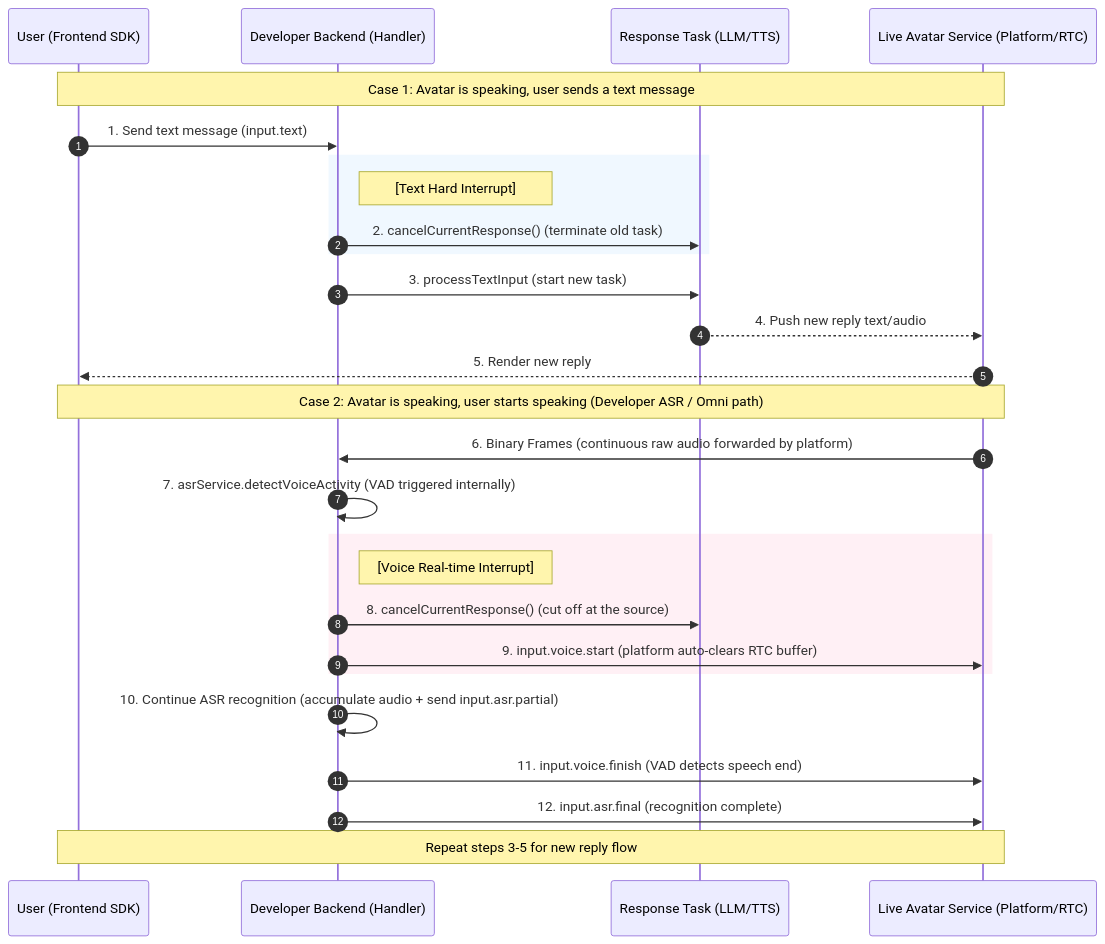
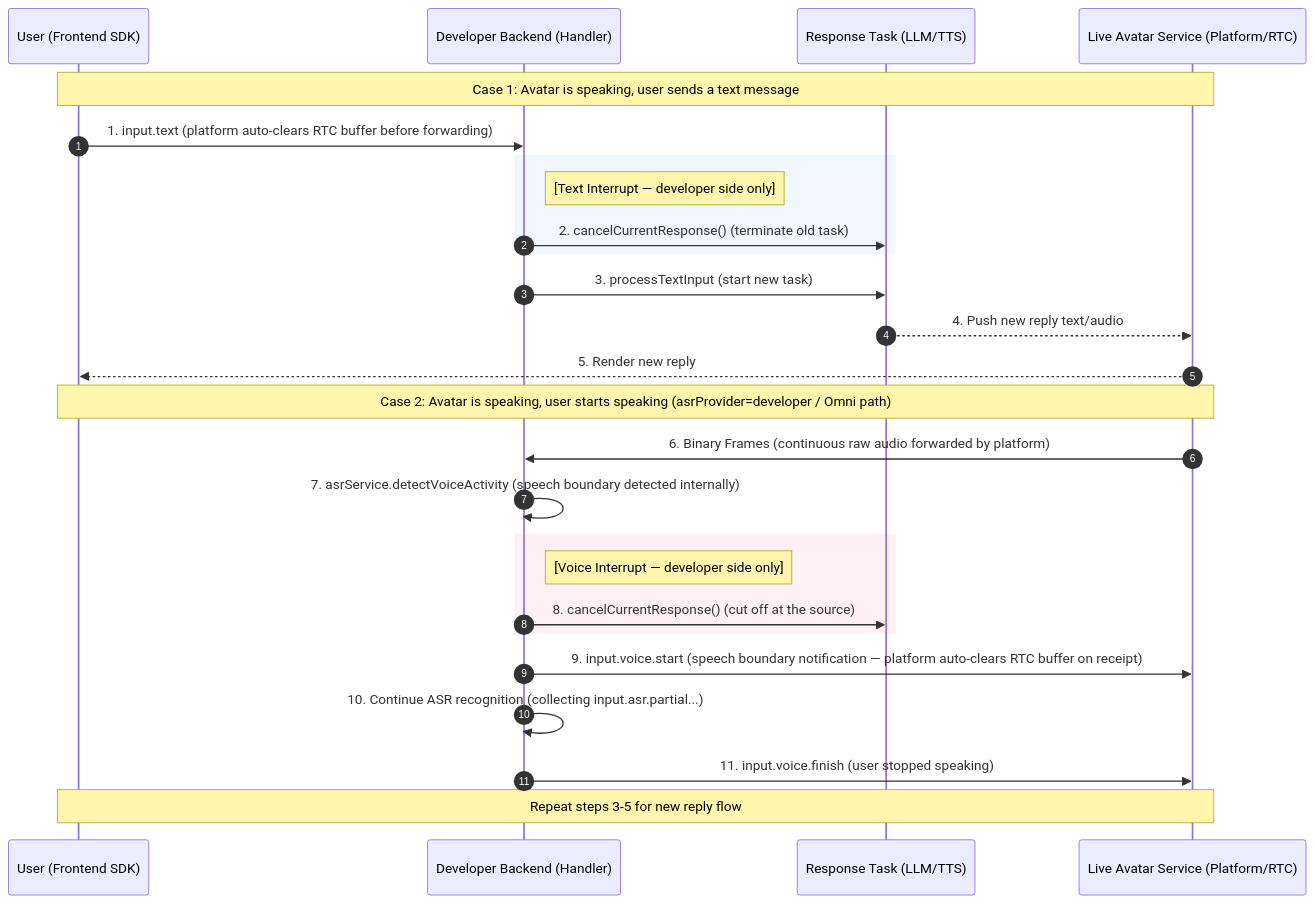
Before and after one commit to newportAI-lab/liveavatar-channel-python: the second of 2 diagrams in PROTOCOL.md, drawn with Mermaid. The commit also changed other lines of this file and 1 other file, not shown here.

````diff
--- a/PROTOCOL.md
+++ b/PROTOCOL.md
@@ -331,36 +355,35 @@
 ```mermaid
 sequenceDiagram
     autonumber
     participant User as User (Frontend SDK)
     participant AppServer as Developer Backend (Handler)
     participant Task as Response Task (LLM/TTS)
     participant Avatar as Live Avatar Service (Platform/RTC)
 
     Note over User, Avatar: Case 1: Avatar is speaking, user sends a text message
-    User->>AppServer: 1. Send text message (input.text)
+    User->>AppServer: 1. input.text (platform auto-clears RTC buffer before forwarding)
 
     rect rgb(240, 248, 255)
-        Note right of AppServer: [Text Hard Interrupt]
+        Note right of AppServer: [Text Interrupt — developer side only]
         AppServer->>Task: 2. cancelCurrentResponse() (terminate old task)
     end
 
     AppServer->>Task: 3. processTextInput (start new task)
     Task-->>Avatar: 4. Push new reply text/audio
     Avatar-->>User: 5. Render new reply
 
-    Note over User, Avatar: Case 2: Avatar is speaking, user starts speaking (Developer ASR / Omni path)
+    Note over User, Avatar: Case 2: Avatar is speaking, user starts speaking (asrProvider=developer / Omni path)
     Avatar->>AppServer: 6. Binary Frames (continuous raw audio forwarded by platform)
 
-    AppServer->>AppServer: 7. asrService.detectVoiceActivity (VAD triggered internally)
+    AppServer->>AppServer: 7. asrService.detectVoiceActivity (speech boundary detected internally)
 
     rect rgb(255, 240, 245)
-        Note right of AppServer: [Voice Real-time Interrupt]
+        Note right of AppServer: [Voice Interrupt — developer side only]
         AppServer->>Task: 8. cancelCurrentResponse() (cut off at the source)
-        AppServer->>Avatar: 9. input.voice.start (platform auto-clears RTC buffer)
     end
 
-    AppServer->>AppServer: 10. Continue ASR recognition (accumulate audio + send input.asr.partial)
-    AppServer->>Avatar: 11. input.voice.finish (VAD detects speech end)
-    AppServer->>Avatar: 12. input.asr.final (recognition complete)
+    AppServer->>Avatar: 9. input.voice.start (speech boundary notification — platform auto-clears RTC buffer on receipt)
+    AppServer->>AppServer: 10. Continue ASR recognition (collecting input.asr.partial...)
+    AppServer->>Avatar: 11. input.voice.finish (user stopped speaking)
     Note over User, Avatar: Repeat steps 3-5 for new reply flow
 ```
````
